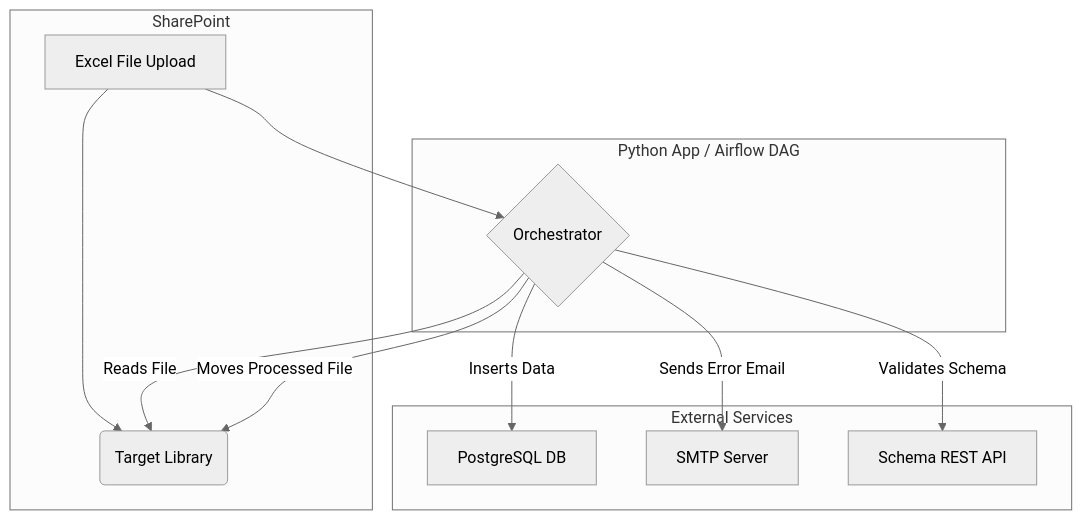
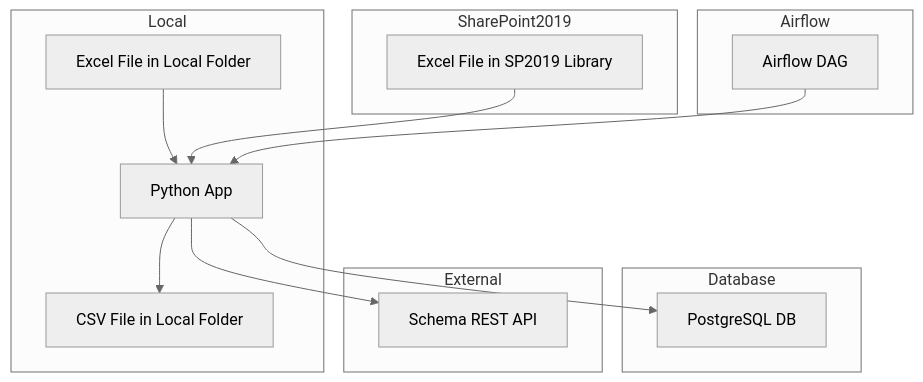
One commit to danthelos/excel-importer changed the diagram in memory-bank/systemPatterns.md. Above: the diagram before and after it, drawn with Mermaid (neutral theme). The commit also changed other lines of this file and 14 other files, not shown here.

Commit message:
workng phase 1 - data imported from local folder, and exported to csv file

````diff
--- a/memory-bank/systemPatterns.md
+++ b/memory-bank/systemPatterns.md
@@ -27,23 +27,19 @@
 ```mermaid
 graph TD
-    subgraph SharePoint
-        A[Excel File Upload] --> B(Target Library)
+    subgraph Local
+        A[Excel File in Local Folder] --> B[Python App]
+        B --> C[CSV File in Local Folder]
     end
-
-    subgraph "Python App / Airflow DAG"
-        C{Orchestrator}
+    subgraph Database
+        B --> D[PostgreSQL DB]
     end
-
-    subgraph "External Services"
-        D[PostgreSQL DB]
-        E[SMTP Server]
-        F[Schema REST API]
+    subgraph SharePoint2019
+        E[Excel File in SP2019 Library] --> B
     end
-
-    A --> C
-    C -- Reads File --> B
-    C -- Validates Schema --> F
-    C -- Inserts Data --> D
-    C -- Sends Error Email --> E
-    C -- Moves Processed File --> B
+    subgraph Airflow
+        F[Airflow DAG] --> B
+    end
+    subgraph External
+        B --> G[Schema REST API]
+    end
 ```
````
